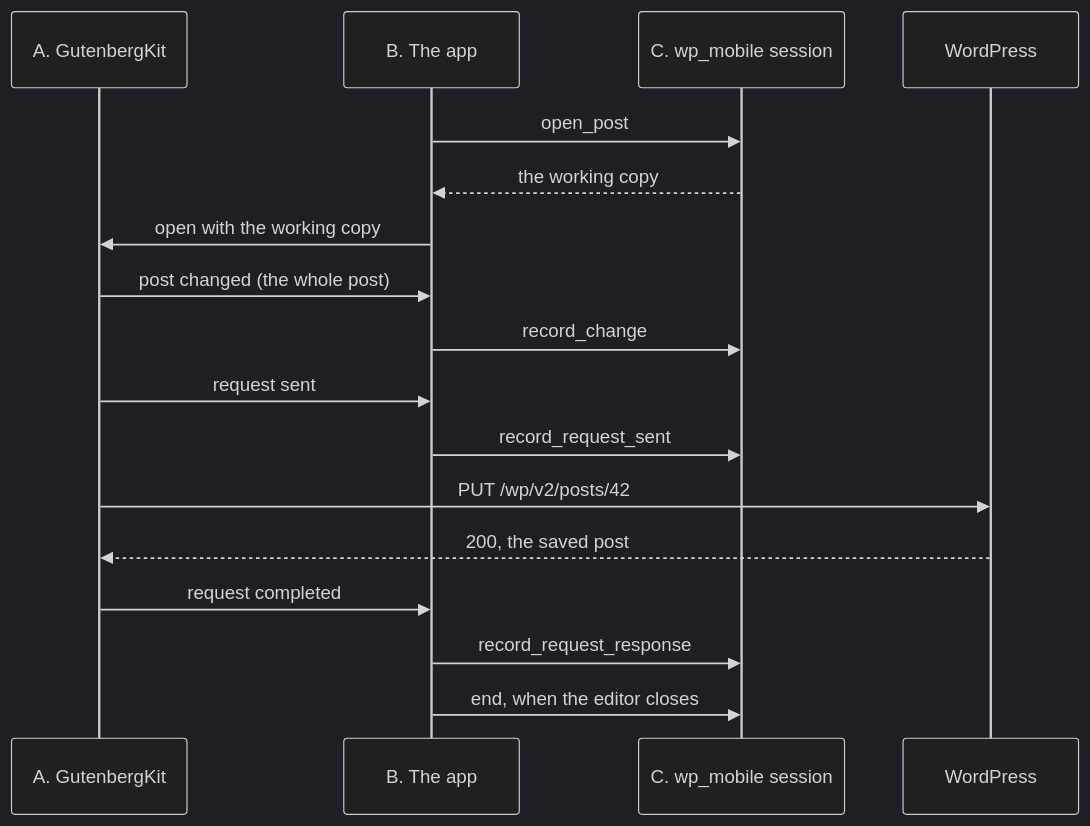
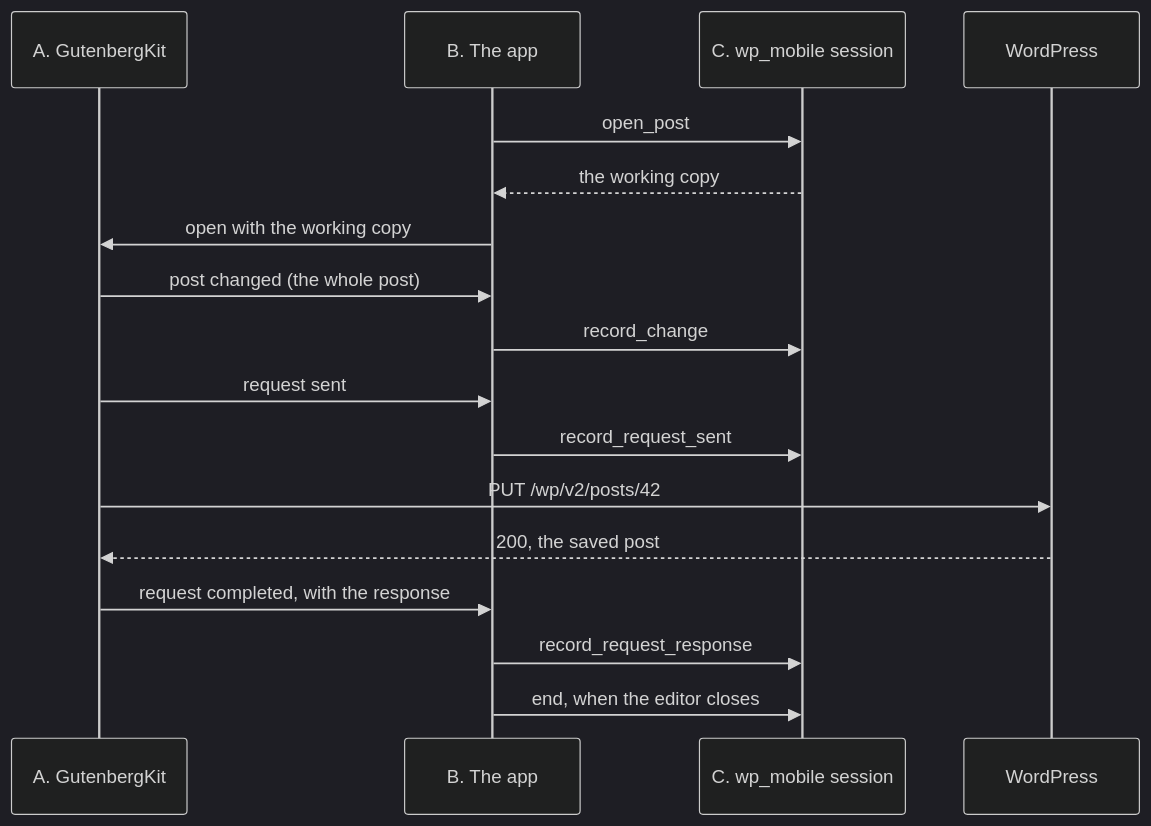
One commit to Automattic/wordpress-rs changed the diagram in Documentation/proposals/editor-reports-to-wordpress-rs.md. Above: the diagram before and after it, drawn with Mermaid (dark theme). The commit also changed other lines of this file, not shown here.

First line of the commit message:
Make the editor reports proposal plainer and shorter

````diff
--- a/Documentation/proposals/editor-reports-to-wordpress-rs.md
+++ b/Documentation/proposals/editor-reports-to-wordpress-rs.md
@@ -49,19 +49,19 @@
 ```mermaid
 sequenceDiagram
     participant Editor as A. GutenbergKit
     participant App as B. The app
     participant Session as C. wp_mobile session
     participant Server as WordPress
     App->>Session: open_post
     Session-->>App: the working copy
     App->>Editor: open with the working copy
     Editor->>App: post changed (the whole post)
     App->>Session: record_change
     Editor->>App: request sent
     App->>Session: record_request_sent
     Editor->>Server: PUT /wp/v2/posts/42
     Server-->>Editor: 200, the saved post
-    Editor->>App: request completed
+    Editor->>App: request completed, with the response
     App->>Session: record_request_response
     App->>Session: end, when the editor closes
 ```
````
